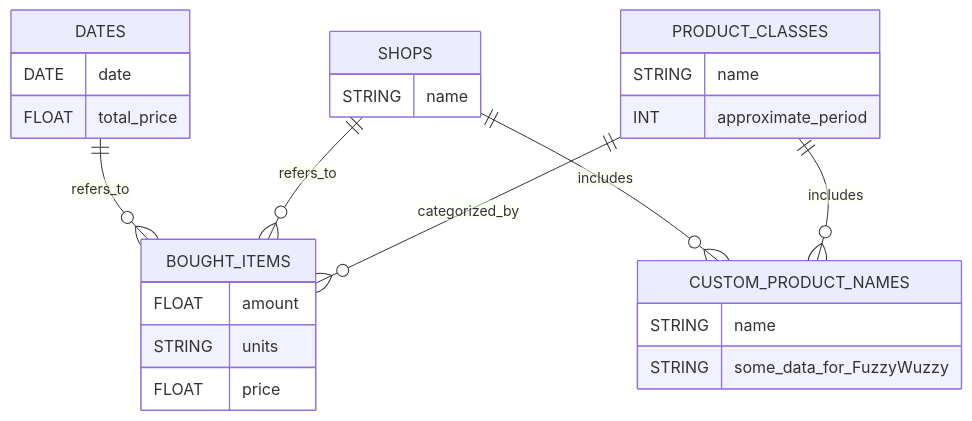
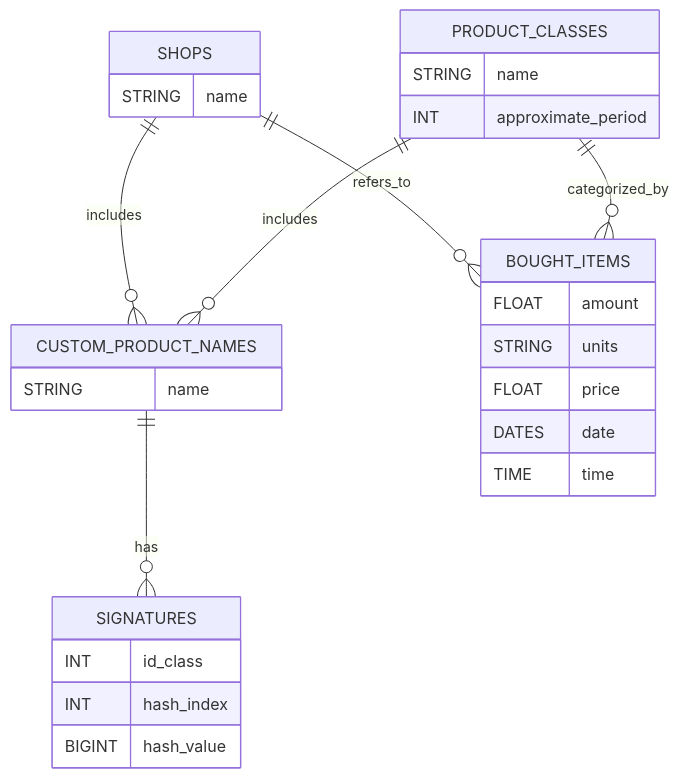
The diagram in readme.md (FrantisekI/zapoctovyProgramUctenky), drawn with Mermaid before and after one commit. The commit also changed 5 other files, not shown here.

````diff
--- a/readme.md
+++ b/readme.md
@@ -35,30 +35,33 @@
 ```mermaid
 erDiagram
-    DATES {
-        DATE date
-        FLOAT total_price
-    }
     SHOPS {
         STRING name
     }
     PRODUCT_CLASSES {
         STRING name
         INT approximate_period
     }
     CUSTOM_PRODUCT_NAMES {
         STRING name
-        STRING some_data_for_FuzzyWuzzy
+    }
+    SIGNATURES {
+        INT id_class
+        INT hash_index
+        BIGINT hash_value
     }
     BOUGHT_ITEMS {
         FLOAT amount
         STRING units
         FLOAT price
+        DATES date
+        TIME time
     }
 
-    DATES ||--o{ BOUGHT_ITEMS : refers_to
+
     SHOPS ||--o{ BOUGHT_ITEMS : refers_to
     SHOPS ||--o{ CUSTOM_PRODUCT_NAMES : includes
     PRODUCT_CLASSES ||--o{ BOUGHT_ITEMS : categorized_by
     PRODUCT_CLASSES ||--o{ CUSTOM_PRODUCT_NAMES : includes
+    CUSTOM_PRODUCT_NAMES ||--o{ SIGNATURES : has
     
 ```
````
